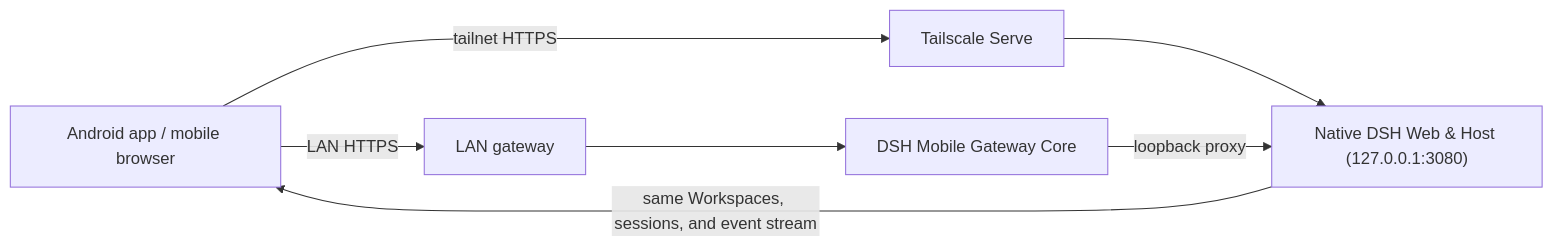
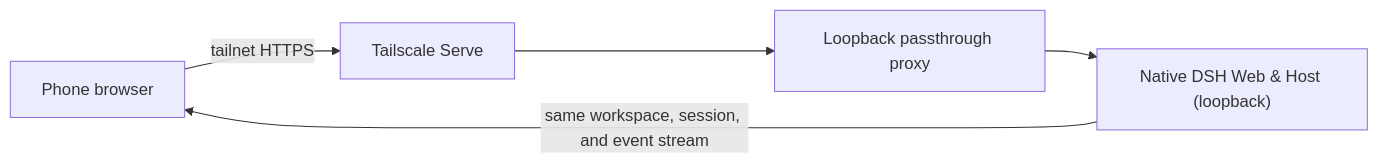
One commit to qiushenjie/dsh-mobile-tailscale changed the diagram in README.en.md. Above: the diagram before and after it, drawn with Mermaid. The commit also changed other lines of this file and 6 other files, not shown here.

````diff
--- a/README.en.md
+++ b/README.en.md
@@ -220,9 +37,7 @@
 ```mermaid
 flowchart LR
-  Phone["Android app / mobile browser"] -->|"LAN HTTPS"| Lan["LAN gateway"]
-  Phone -->|"tailnet HTTPS"| Serve["Tailscale Serve"]
-  Lan --> Gateway["DSH Mobile Gateway Core"]
-  Serve --> DSH["Native DSH Web & Host (127.0.0.1:3080)"]
-  Gateway -->|"loopback proxy"| DSH
-  DSH -->|"same Workspaces, sessions, and event stream"| Phone
+  Phone["Phone browser"] -->|"tailnet HTTPS"| Serve["Tailscale Serve"]
+  Serve --> Proxy["Loopback passthrough proxy"]
+  Proxy --> DSH["Native DSH Web & Host (loopback)"]
+  DSH -->|"same workspace, session, and event stream"| Phone
 ```
````
